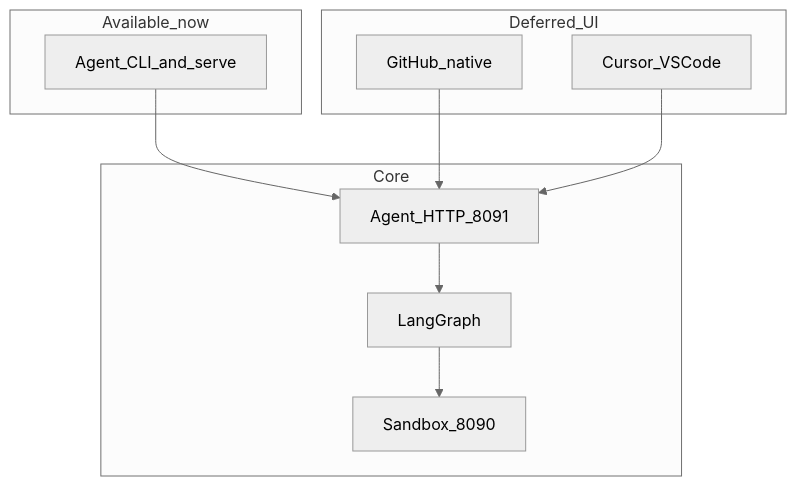
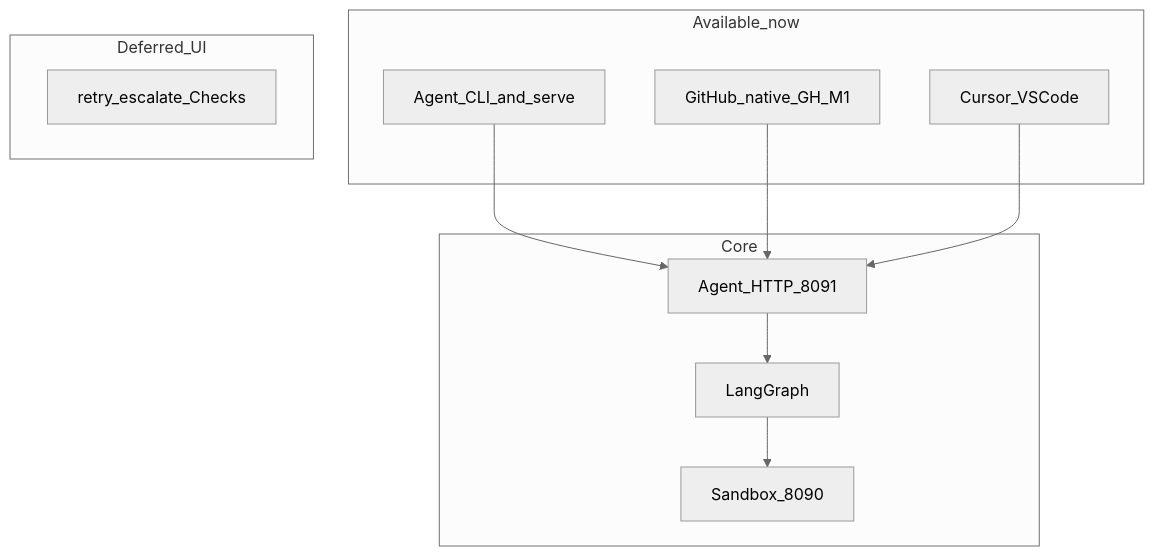
The diagram in interface/README.md (AWaleed-Ahmed/Raphael), drawn with Mermaid (neutral theme) before and after one commit. The commit also changed other lines of this file and 19 other files, not shown here.

First line of the commit message:
feat(agent): add GitHub-native command surface (GH-M1)

````diff
--- a/interface/README.md
+++ b/interface/README.md
@@ -123,20 +153,21 @@
 ```mermaid
 flowchart TB
   subgraph now [Available_now]
     CLI[Agent_CLI_and_serve]
+    GH[GitHub_native_GH_M1]
+    IDE[Cursor_VSCode]
   end
   subgraph later [Deferred_UI]
-    GH[GitHub_native]
-    IDE[Cursor_VSCode]
+    GH2[retry_escalate_Checks]
   end
   subgraph core [Core]
     API[Agent_HTTP_8091]
     AG[LangGraph]
     SB[Sandbox_8090]
   end
   CLI --> API
   GH --> API
   IDE --> API
   API --> AG
   AG --> SB
 ```
````
